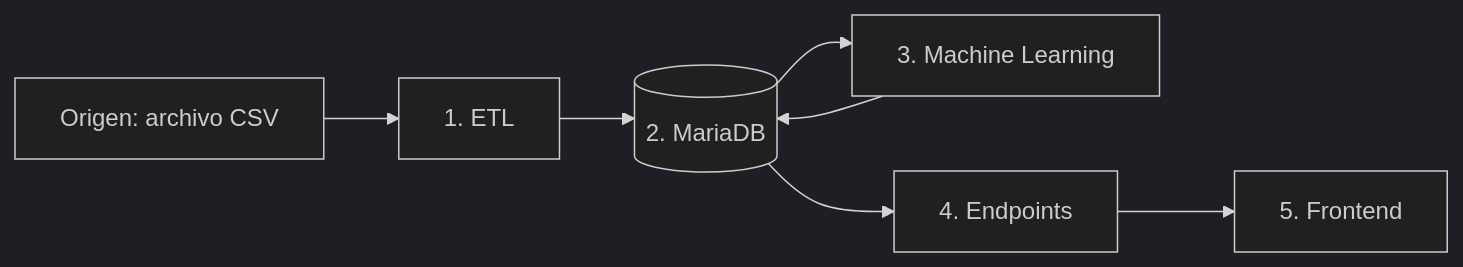
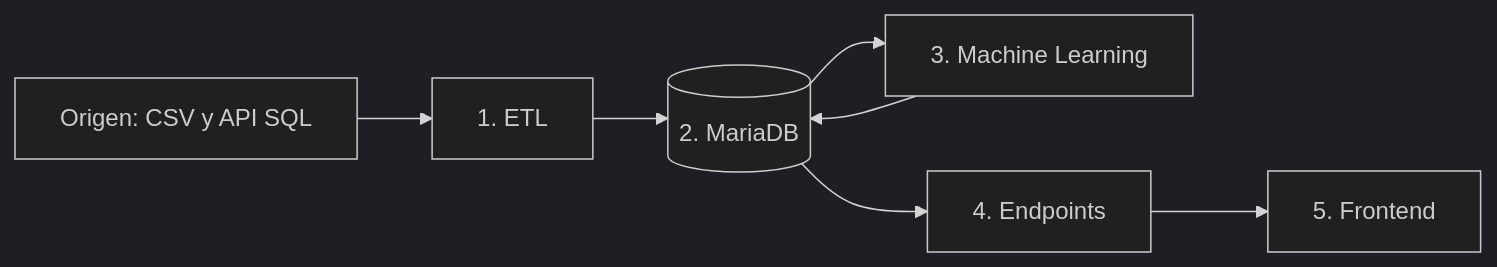
One commit to VicenteParada/ArtisaMachine2 changed the diagram in Capstone Artisa/README.md. Above: the diagram before and after it, drawn with Mermaid (dark theme). The commit also changed other lines of this file and 23 other files, not shown here.

````diff
--- a/Capstone Artisa/README.md
+++ b/Capstone Artisa/README.md
@@ -6,9 +6,9 @@
 ```mermaid
 flowchart LR
-    O[Origen: archivo CSV] --> E[1. ETL]
+    O[Origen: CSV y API SQL] --> E[1. ETL]
     E --> D[(2. MariaDB)]
     D --> M[3. Machine Learning]
     M --> D
     D --> A[4. Endpoints]
     A --> F[5. Frontend]
 ```
````
